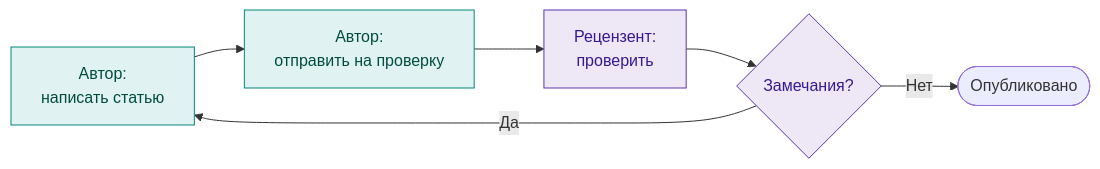
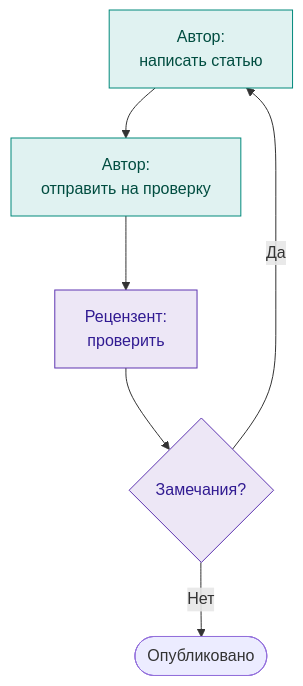
The diagram in docs/index.md (DmitryKhilko/sps), drawn with Mermaid before and after one commit.

Commit message:
Доработка схемы

````diff
--- a/docs/index.md
+++ b/docs/index.md
@@ -29,13 +29,13 @@
 ```mermaid
-flowchart LR
+flowchart TD
     A["Автор:<br>написать статью"] --> B["Автор:<br>отправить на проверку"]
     B --> C["Рецензент:<br>проверить"]
     C --> D{Замечания?}
     D -->|Нет| E([Опубликовано])
     D -->|Да| A
 
     classDef author fill:#e0f2f1,stroke:#00897b,color:#004d40
     classDef reviewer fill:#ede7f6,stroke:#5e35b1,color:#311b92
     class A,B author
     class C,D reviewer
 ```
````
